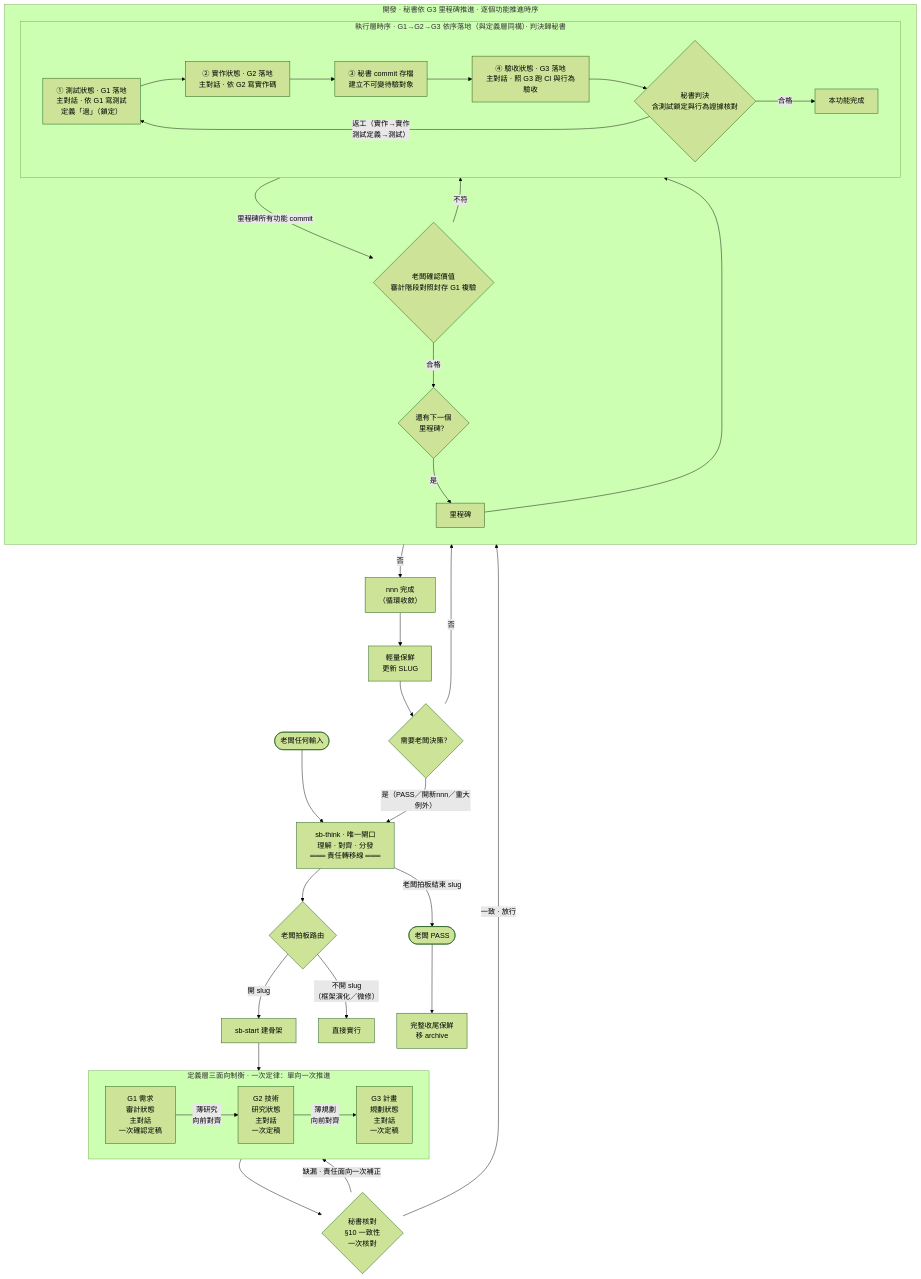
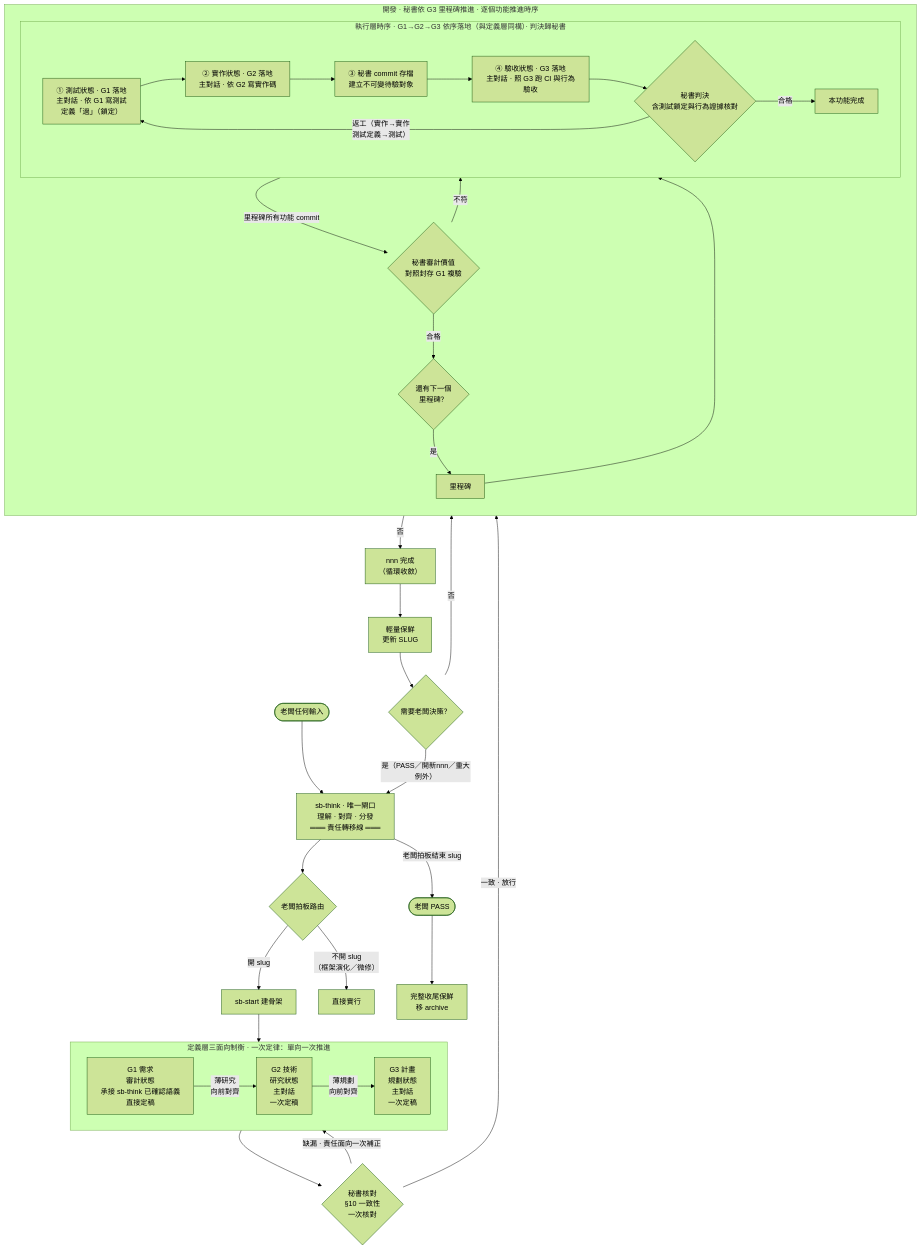
Before and after one commit to teps3105/shiftblame: the first of 2 diagrams in README.md, drawn with Mermaid (forest theme). The commit also changed other lines of this file and 20 other files, not shown here.

````diff
--- a/README.md
+++ b/README.md
@@ -50,43 +52,43 @@
 ```mermaid
 flowchart TD
     Boss([老闆任何輸入]) --> Think["sb-think · 唯一閘口<br/>理解 · 對齊 · 分發<br/>═══ 責任轉移線 ═══"]
     Think --> Route{老闆拍板路由}
     Route -- "開 slug" --> Start["sb-start 建骨架"] --> Check
     Route -- "不開 slug<br/>（框架演化／微修）" --> Direct["直接實行"]
 
     subgraph Check["定義層三面向制衡 · 一次定律：單向一次推進"]
         direction LR
-        G1["G1 需求<br/>審計狀態<br/>主對話<br/>一次確認定稿"] -->|薄研究<br/>向前對齊| G2["G2 技術<br/>研究狀態<br/>主對話<br/>一次定稿"]
+        G1["G1 需求<br/>審計狀態<br/>承接 sb-think 已確認語義<br/>直接定稿"] -->|薄研究<br/>向前對齊| G2["G2 技術<br/>研究狀態<br/>主對話<br/>一次定稿"]
         G2 -->|薄規劃<br/>向前對齊| G3["G3 計畫<br/>規劃狀態<br/>主對話<br/>一次定稿"]
     end
 
     Check --> Consist{秘書核對<br/>§10 一致性<br/>一次核對}
     Consist -- 缺漏 · 責任面向一次補正 --> Check
     Consist -- 一致 · 放行 --> Dev
 
     subgraph Dev["開發 · 秘書依 G3 里程碑推進 · 逐個功能推進時序"]
         direction TB
         MS["里程碑"] --> Loop
         subgraph Loop["執行層時序 · G1→G2→G3 依序落地（與定義層同構）· 判決歸秘書"]
             direction LR
             T["① 測試狀態 · G1 落地<br/>主對話 · 依 G1 寫測試<br/>定義「過」（鎖定）"] --> D["② 實作狀態 · G2 落地<br/>主對話 · 依 G2 寫實作碼"]
             D --> Commit["③ 秘書 commit 存檔<br/>建立不可變待驗對象"]
             Commit --> A["④ 驗收狀態 · G3 落地<br/>主對話 · 照 G3 跑 CI 與行為驗收"]
             A --> Judge{秘書判決<br/>含測試鎖定與行為證據核對}
             Judge -- 合格 --> Done["本功能完成"]
             Judge -- "返工（實作→實作<br/>測試定義→測試）" --> T
         end
-        Loop -- 里程碑所有功能 commit --> MA{"老闆確認價值<br/>審計階段對照封存 G1 複驗"}
+        Loop -- 里程碑所有功能 commit --> MA{"秘書審計價值<br/>對照封存 G1 複驗"}
         MA -- 不符 --> Loop
         MA -- 合格 --> Next{還有下一個<br/>里程碑？}
         Next -- 是 --> MS
     end
 
     Next -- 否 --> NnnDone["nnn 完成<br/>（循環收斂）"]
     NnnDone --> LightFresh["輕量保鮮<br/>更新 SLUG"]
     LightFresh --> Decide{"需要老闆決策？"}
     Decide -- 是（PASS／開新nnn／重大例外） --> Think
     Decide -- 否 --> Dev
     Think -- 老闆拍板結束 slug --> Pass([老闆 PASS])
     Pass --> FullFresh["完整收尾保鮮<br/>移 archive"]
 ```
````
